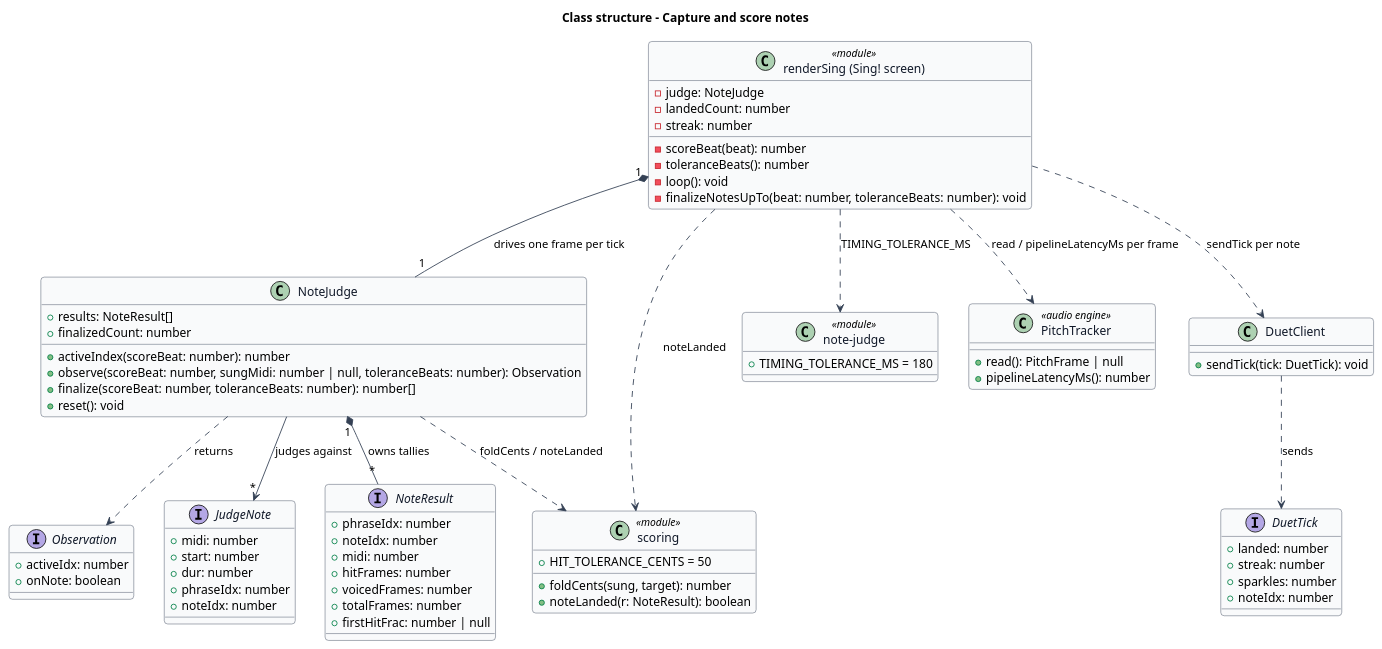
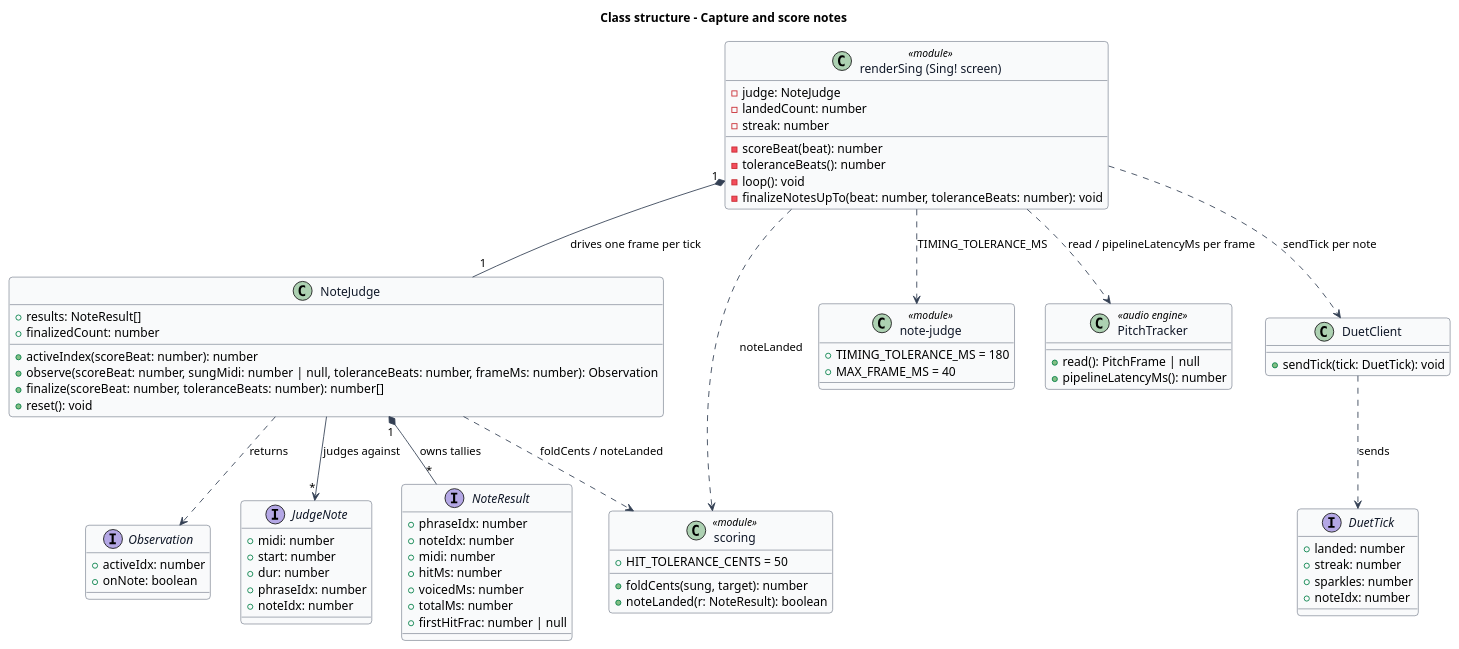
Before and after one commit to QuinntyneBrown/TwinkleTune: the diagram in docs/detailed-designs/singing-gameplay/capture-and-score-notes/diagrams/class-structure.puml, drawn with PlantUML. The commit also changed 31 other files, not shown here.

```diff
--- a/docs/detailed-designs/singing-gameplay/capture-and-score-notes/diagrams/class-structure.puml
+++ b/docs/detailed-designs/singing-gameplay/capture-and-score-notes/diagrams/class-structure.puml
@@ -1,94 +1,95 @@
 @startuml
 ' --- shared skin header ---
 skinparam backgroundColor #FFFFFF
 skinparam shadowing false
 skinparam roundcorner 8
 skinparam defaultFontName Arial
 skinparam ArrowColor #344054
 skinparam class {
   BorderColor #344054
   FontColor #101828
   BackgroundColor #F9FAFB
 }
 ' --------------------------
 title Class structure - Capture and score notes
 
 class "renderSing (Sing! screen)" as Sing <<module>> {
   -judge: NoteJudge
   -landedCount: number
   -streak: number
   -scoreBeat(beat): number
   -toleranceBeats(): number
   -loop(): void
   -finalizeNotesUpTo(beat: number, toleranceBeats: number): void
 }
 
 class NoteJudge {
   +results: NoteResult[]
   +finalizedCount: number
   +activeIndex(scoreBeat: number): number
-  +observe(scoreBeat: number, sungMidi: number | null, toleranceBeats: number): Observation
+  +observe(scoreBeat: number, sungMidi: number | null, toleranceBeats: number, frameMs: number): Observation
   +finalize(scoreBeat: number, toleranceBeats: number): number[]
   +reset(): void
 }
 
 interface Observation {
   +activeIdx: number
   +onNote: boolean
 }
 
 interface JudgeNote {
   +midi: number
   +start: number
   +dur: number
   +phraseIdx: number
   +noteIdx: number
 }
 
 interface NoteResult {
   +phraseIdx: number
   +noteIdx: number
   +midi: number
-  +hitFrames: number
-  +voicedFrames: number
-  +totalFrames: number
+  +hitMs: number
+  +voicedMs: number
+  +totalMs: number
   +firstHitFrac: number | null
 }
 
 class "scoring" as Scoring <<module>> {
   +HIT_TOLERANCE_CENTS = 50
   +foldCents(sung, target): number
   +noteLanded(r: NoteResult): boolean
 }
 
 class "note-judge" as JudgeMod <<module>> {
   +TIMING_TOLERANCE_MS = 180
+  +MAX_FRAME_MS = 40
 }
 
 class PitchTracker <<audio engine>> {
   +read(): PitchFrame | null
   +pipelineLatencyMs(): number
 }
 
 class DuetClient {
   +sendTick(tick: DuetTick): void
 }
 
 interface DuetTick {
   +landed: number
   +streak: number
   +sparkles: number
   +noteIdx: number
 }
 
 Sing "1" *-- "1" NoteJudge : drives one frame per tick
 NoteJudge "1" *-- "*" NoteResult : owns tallies
 NoteJudge --> "*" JudgeNote : judges against
 NoteJudge ..> Observation : returns
 NoteJudge ..> Scoring : foldCents / noteLanded
 Sing ..> JudgeMod : TIMING_TOLERANCE_MS
 Sing ..> Scoring : noteLanded
 Sing ..> PitchTracker : read / pipelineLatencyMs per frame
 Sing ..> DuetClient : sendTick per note
 DuetClient ..> DuetTick : sends
 @enduml
```
